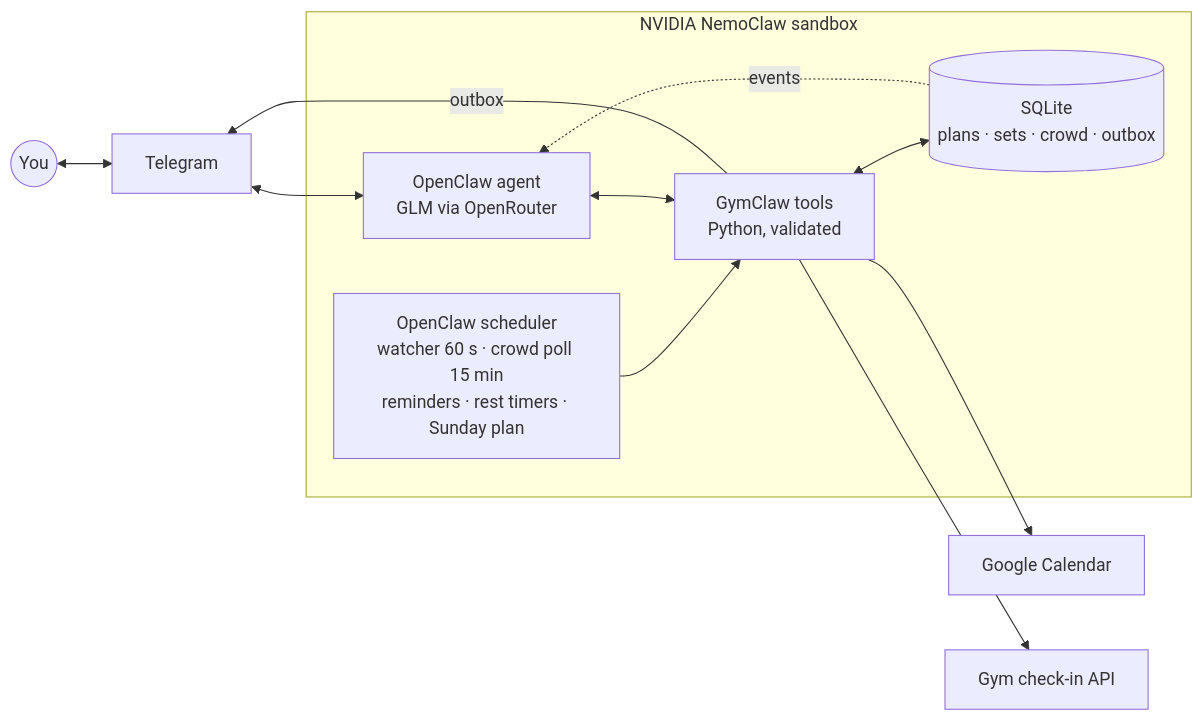
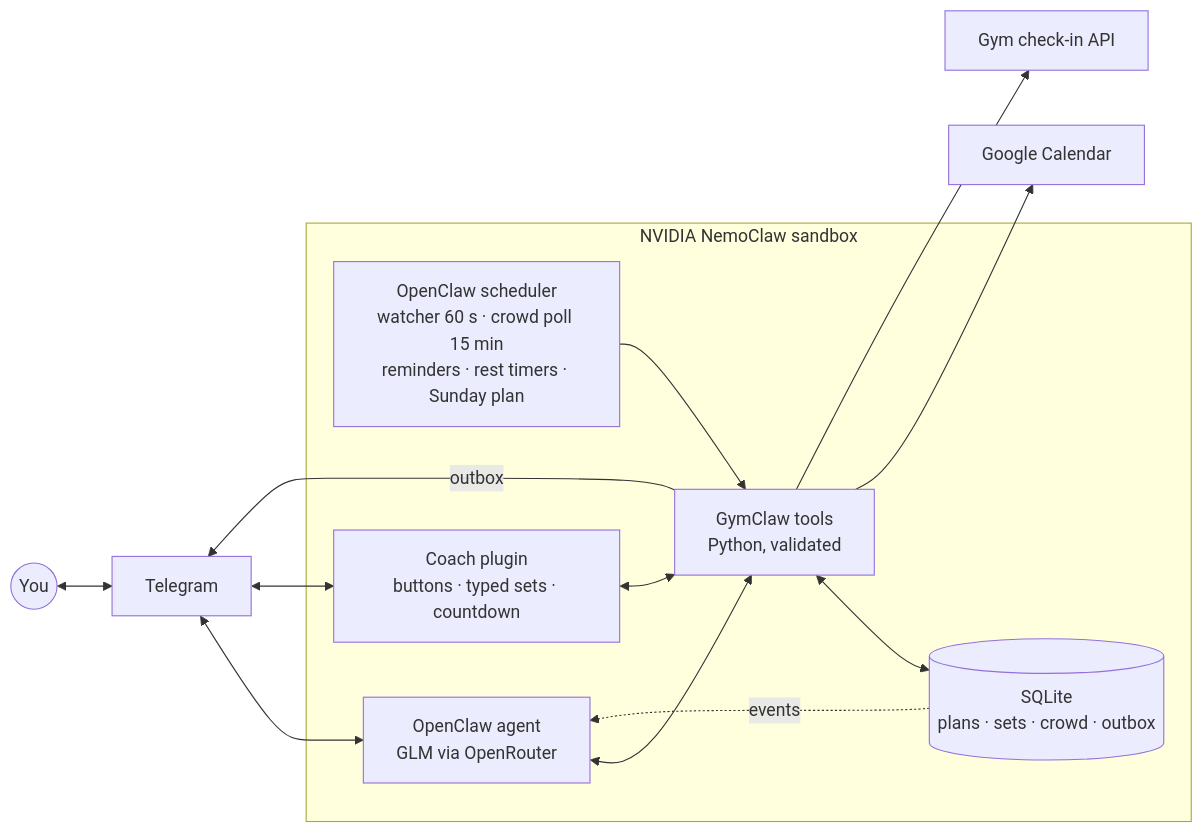
Before and after one commit to ignoxx/gymclaw: the diagram in README.md, drawn with Mermaid. The commit also changed other lines of this file and 341 other files, not shown here.

````diff
--- a/README.md
+++ b/README.md
@@ -47,14 +47,16 @@
 ```mermaid
 flowchart LR
   you((You)) <--> tg[Telegram]
   subgraph sandbox [NVIDIA NemoClaw sandbox]
     cron[OpenClaw scheduler<br/>watcher 60 s · crowd poll 15 min<br/>reminders · rest timers · Sunday plan] --> tools
     agent[OpenClaw agent<br/>GLM via OpenRouter] <--> tools[GymClaw tools<br/>Python, validated]
+    coach[Coach plugin<br/>buttons · typed sets · countdown] <--> tools
     tools <--> db[(SQLite<br/>plans · sets · crowd · outbox)]
     db -. events .-> agent
   end
   tg <--> agent
+  tg <--> coach
   tools -- outbox --> tg
   tools --> cal[Google Calendar]
   tools --> gym[Gym check-in API]
 ```
````
